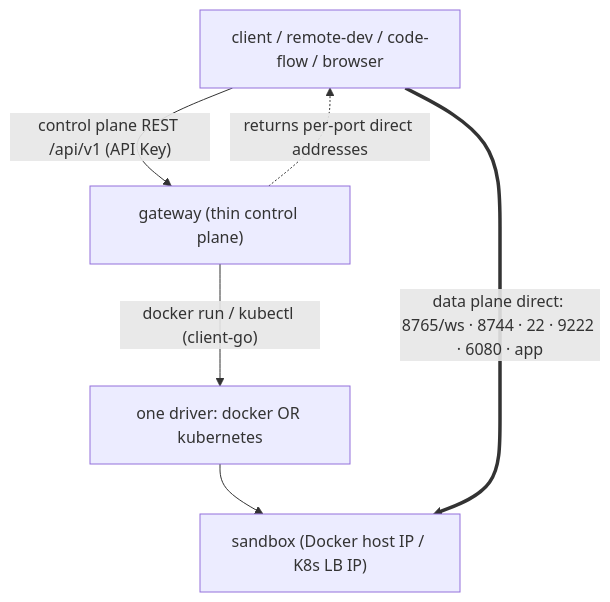
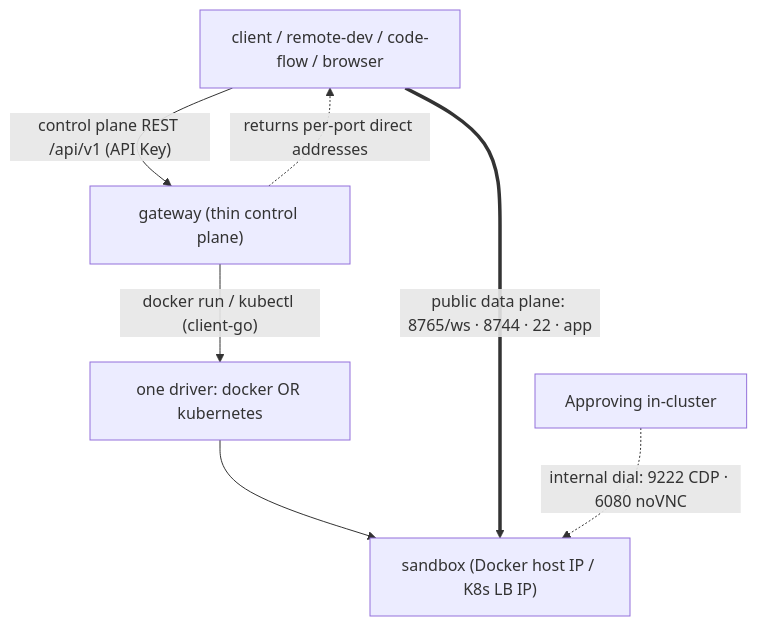
The diagram in sandbox-gateway/gateway/README.md (cocofhu/approving), drawn with Mermaid before and after one commit. The commit also changed other lines of this file and 31 other files, not shown here.

First line of the commit message:
feat(sandbox): isolate unauthenticated CDP/noVNC from external publish

````diff
--- a/sandbox-gateway/gateway/README.md
+++ b/sandbox-gateway/gateway/README.md
@@ -33,9 +39,10 @@
 ```mermaid
 flowchart TB
   client["client / remote-dev / code-flow / browser"]
   client -->|"control plane REST /api/v1 (API Key)"| gw["gateway (thin control plane)"]
   gw -->|"docker run / kubectl (client-go)"| drv["one driver: docker OR kubernetes"]
   drv --> sbx["sandbox (Docker host IP / K8s LB IP)"]
   gw -. "returns per-port direct addresses" .-> client
-  client ==>|"data plane direct: 8765/ws · 8744 · 22 · 9222 · 6080 · app"| sbx
+  client ==>|"public data plane: 8765/ws · 8744 · 22 · app"| sbx
+  approving["Approving in-cluster"] -.->|"internal dial: 9222 CDP · 6080 noVNC"| sbx
 ```
````
